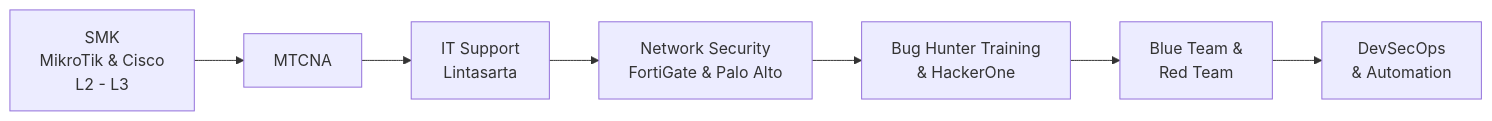
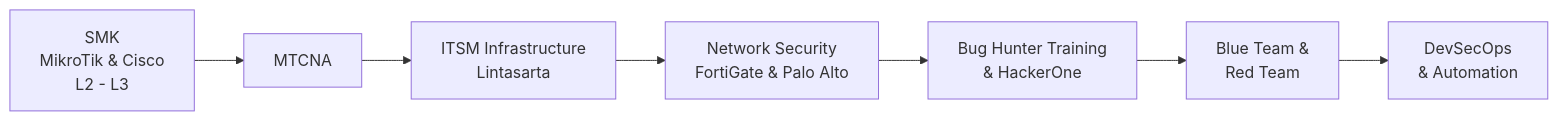
One commit to JotacCyberSec/JotacCyberSec changed the diagram in README.md. Above: the diagram before and after it, drawn with Mermaid. The commit also changed other lines of this file, not shown here.

````diff
--- a/README.md
+++ b/README.md
@@ -137,9 +137,9 @@
 ```mermaid
 flowchart LR
     A[SMK<br/>MikroTik & Cisco<br/>L2 - L3] --> B[MTCNA]
-    B --> C[IT Support<br/>Lintasarta]
+    B --> C[ITSM Infrastructure<br/>Lintasarta]
     C --> D[Network Security<br/>FortiGate & Palo Alto]
     D --> E[Bug Hunter Training<br/>& HackerOne]
     E --> F[Blue Team &<br/>Red Team]
     F --> G[DevSecOps<br/>& Automation]
 ```
````
